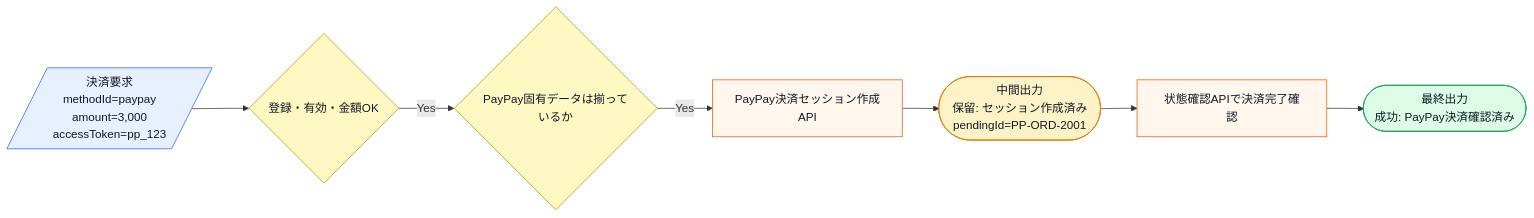
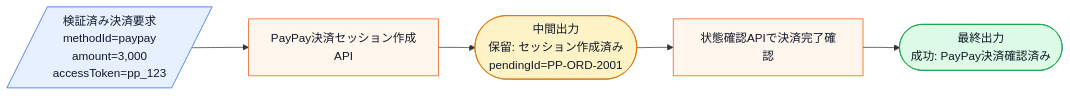
One commit to kumachan1101-pixel/DesignPattern changed the fifth of 13 diagrams in kindle/design-patterns/output/chapter08.md. Above: the diagram before and after it, drawn with Mermaid. The commit also changed other lines of this file and 20 other files, not shown here.

````diff
--- a/kindle/design-patterns/output/chapter08.md
+++ b/kindle/design-patterns/output/chapter08.md
@@ -939,15 +939,13 @@
 ```mermaid
 flowchart LR
-    A[/決済要求<br>methodId=paypay<br>amount=3,000<br>accessToken=pp_123/]:::input --> B{登録・有効・金額OK}:::decision
-    B -->|Yes| C{PayPay固有データは揃っているか}:::decision
-    C -->|Yes| D[PayPay決済セッション作成API]:::process
+    A[/検証済み決済要求<br>methodId=paypay<br>amount=3,000<br>accessToken=pp_123/]:::input --> D[PayPay決済セッション作成API]:::process
     D --> E([中間出力<br>保留: セッション作成済み<br>pendingId=PP-ORD-2001]):::pending
     E --> F[状態確認APIで決済完了確認]:::process
     F --> G([最終出力<br>成功: PayPay決済確認済み]):::normal
 
     classDef input fill:#e7f0ff,stroke:#2563eb,color:#111827;
     classDef process fill:#fff7ed,stroke:#ea580c,color:#111827;
     classDef decision fill:#fef9c3,stroke:#ca8a04,color:#111827;
     classDef pending fill:#fef3c7,stroke:#d97706,color:#111827;
     classDef normal fill:#dcfce7,stroke:#16a34a,color:#111827;
 ```
````
